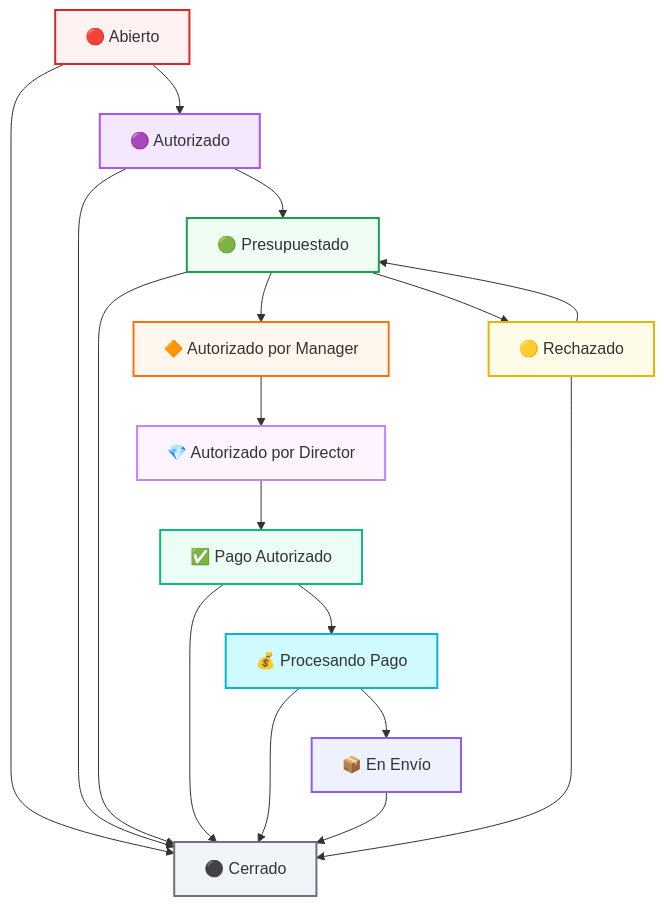
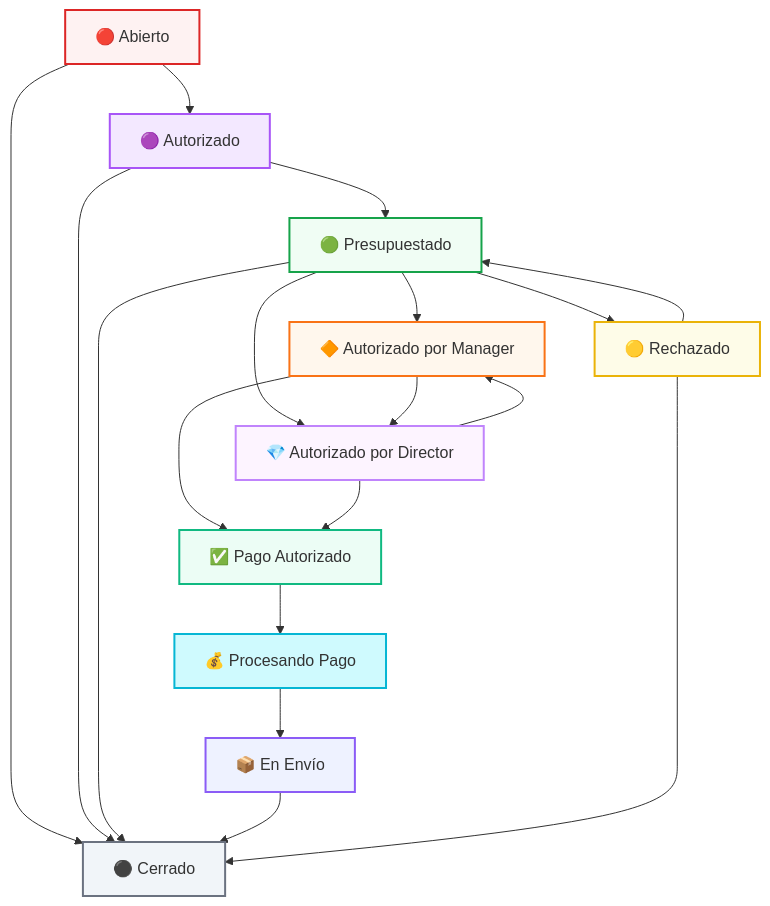
Before and after one commit to kodexArg/welp-app: the diagram in PAYFLOW.md, drawn with Mermaid. The commit also changed other lines of this file and 6 other files, not shown here.

````diff
--- a/PAYFLOW.md
+++ b/PAYFLOW.md
@@ -190,38 +208,38 @@
 ```mermaid
 graph TD
     A[🔴 Abierto] --> B[🟣 Autorizado]
     A --> I[⚫ Cerrado]
     
     B --> C[🟢 Presupuestado]
     B --> I
     
     C --> D[🔶 Autorizado por Manager]
+    C --> F[💎 Autorizado por Director]
     C --> E[🟡 Rechazado]
     C --> I
     
-    D --> F[💎 Autorizado por Director]
-    
-    F --> G[✅ Pago Autorizado]
+    D --> F
+    F --> D
+    D --> G[✅ Pago Autorizado]
+    F --> G
     
     G --> H[💰 Procesando Pago]
-    G --> I
     
     H --> J[📦 En Envío]
-    H --> I
     
     J --> I
     
     E --> C
     E --> I
 
     style A fill:#fef2f2,stroke:#dc2626,stroke-width:2px
     style B fill:#f3e8ff,stroke:#a855f7,stroke-width:2px
     style C fill:#f0fdf4,stroke:#16a34a,stroke-width:2px
     style D fill:#fff7ed,stroke:#f97316,stroke-width:2px
     style E fill:#fefce8,stroke:#eab308,stroke-width:2px
     style F fill:#fdf4ff,stroke:#c084fc,stroke-width:2px
     style G fill:#ecfdf5,stroke:#10b981,stroke-width:2px
     style H fill:#cffafe,stroke:#06b6d4,stroke-width:2px
     style J fill:#eef2ff,stroke:#8b5cf6,stroke-width:2px
     style I fill:#f1f5f9,stroke:#6b7280,stroke-width:2px
 ```
````
